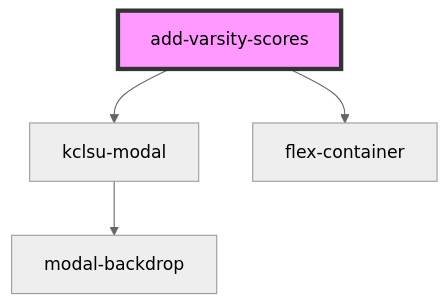
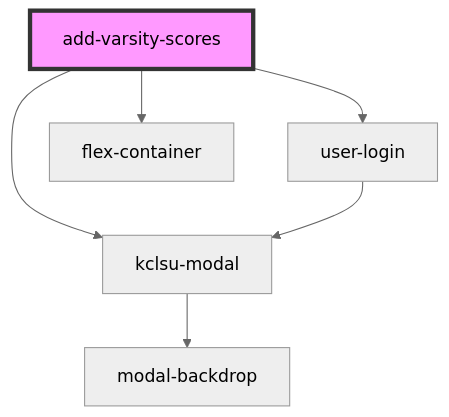
One commit to dev-kylo/component_library changed the diagram in src/components/varsity/add-varsity-scores/readme.md. Above: the diagram before and after it, drawn with Mermaid (neutral theme). The commit also changed other lines of this file and 7 other files, not shown here.

````diff
--- a/src/components/varsity/add-varsity-scores/readme.md
+++ b/src/components/varsity/add-varsity-scores/readme.md
@@ -23,7 +24,9 @@
 ```mermaid
 graph TD;
+  add-varsity-scores --> user-login
+  add-varsity-scores --> flex-container
   add-varsity-scores --> kclsu-modal
-  add-varsity-scores --> flex-container
+  user-login --> kclsu-modal
   kclsu-modal --> modal-backdrop
   style add-varsity-scores fill:#f9f,stroke:#333,stroke-width:4px
 ```
````
